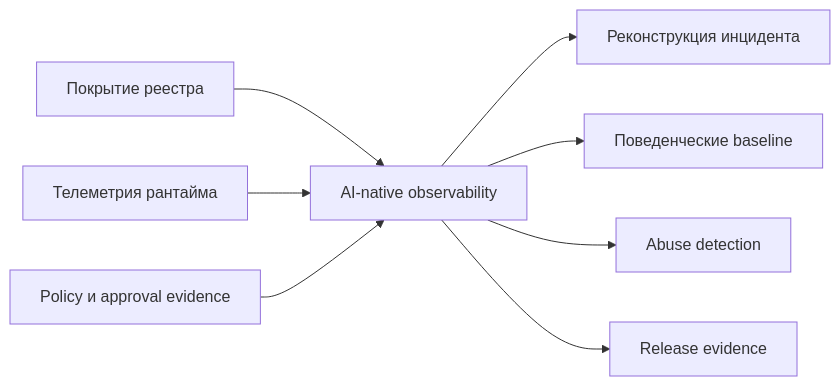
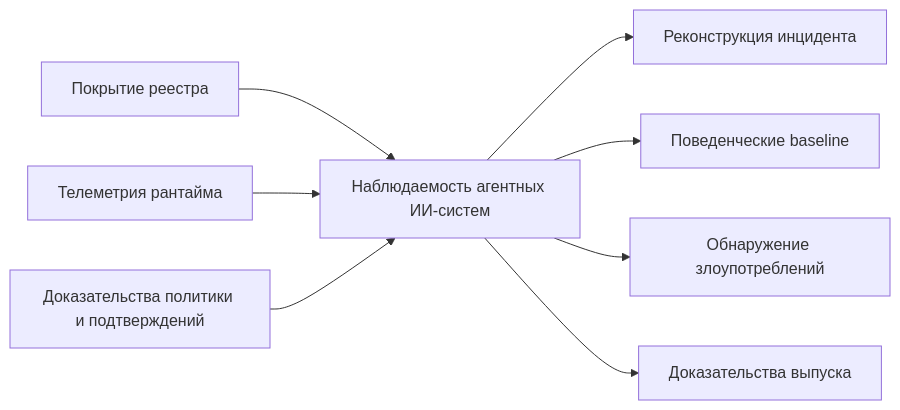
The diagram in docs/book/part-viii/chapter-26.md (agent-axiom/agent-arch), drawn with Mermaid before and after one commit. The commit also changed other lines of this file and 29 other files, not shown here.

````diff
--- a/docs/book/part-viii/chapter-26.md
+++ b/docs/book/part-viii/chapter-26.md
@@ -274,10 +274,10 @@
 ``` mermaid
 flowchart LR
-    A["Покрытие реестра"] --> D["AI-native observability"]
+    A["Покрытие реестра"] --> D["Наблюдаемость агентных ИИ-систем"]
     B["Телеметрия рантайма"] --> D
-    C["Policy и approval evidence"] --> D
+    C["Доказательства политики и подтверждений"] --> D
     D --> E["Реконструкция инцидента"]
     D --> F["Поведенческие baseline"]
-    D --> G["Abuse detection"]
-    D --> H["Release evidence"]
+    D --> G["Обнаружение злоупотреблений"]
+    D --> H["Доказательства выпуска"]
 ```
````
